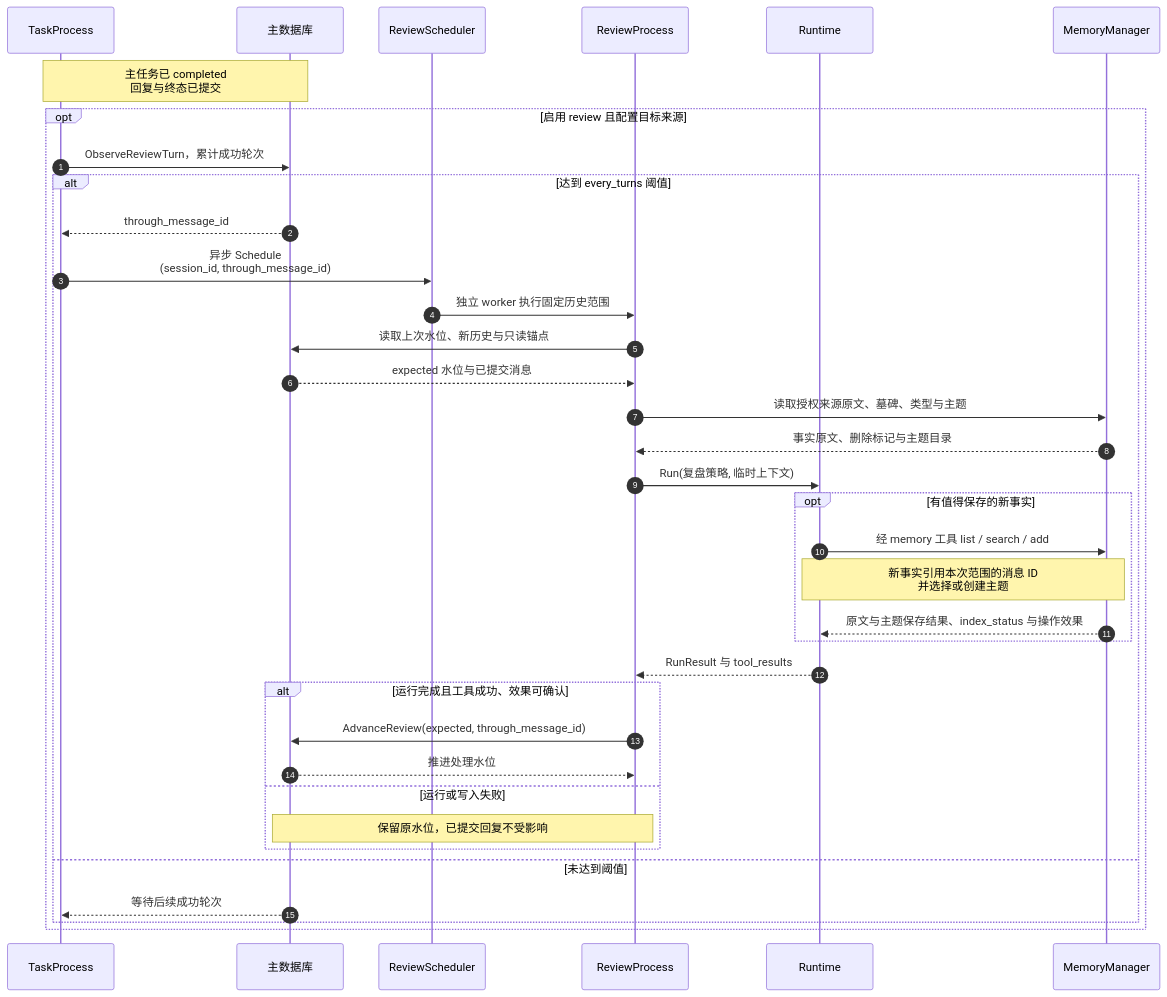
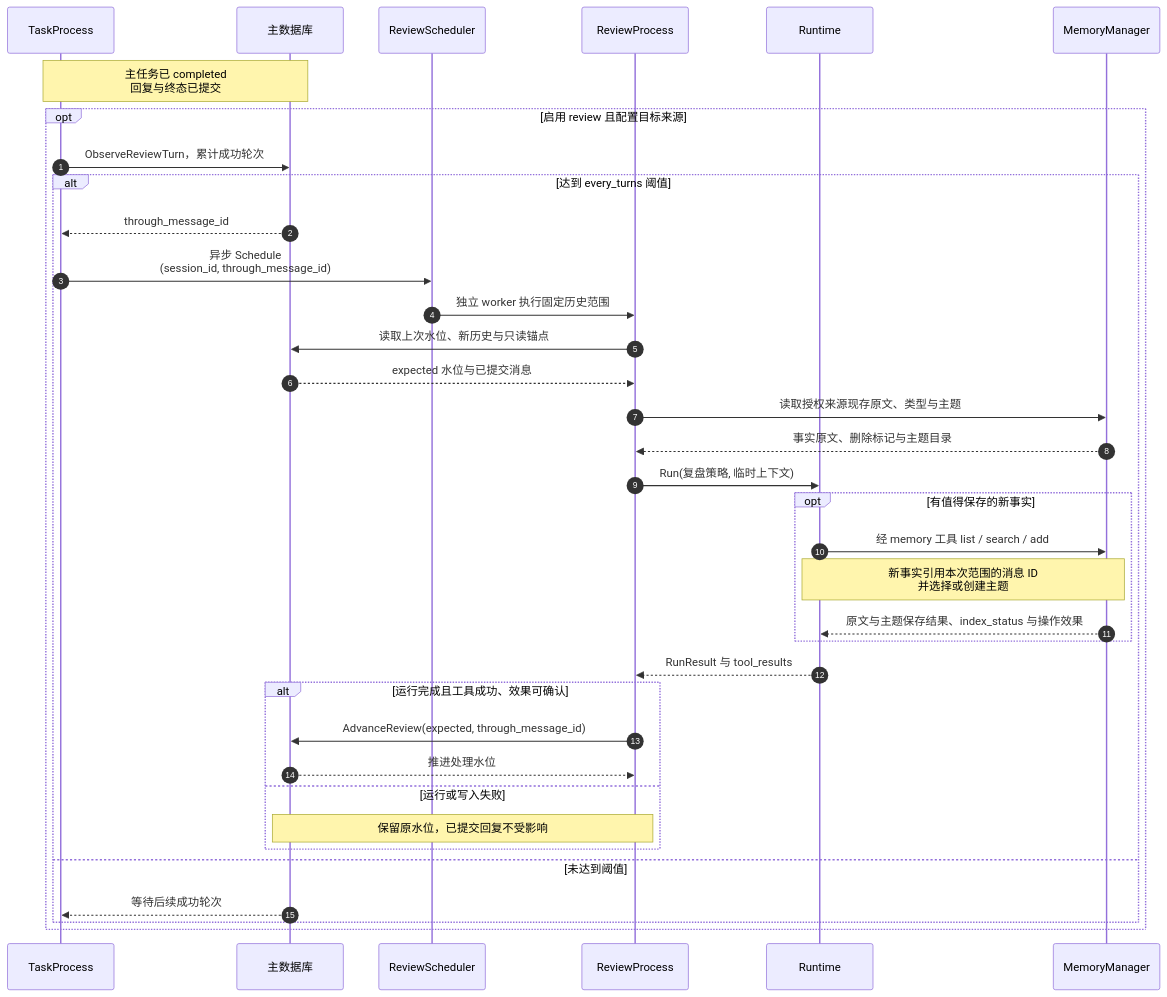
The fourth of 6 diagrams in README.md (Lophyads/FunAgent), drawn with Mermaid before and after one commit. The commit also changed other lines of this file, not shown here.

Commit message:
docs: 更新架构图说明，调整复盘模型配置描述

````diff
--- a/README.md
+++ b/README.md
@@ -249,39 +248,39 @@
 ```mermaid
 sequenceDiagram
     autonumber
     participant Task as TaskProcess
     participant DB as 主数据库
     participant Scheduler as ReviewScheduler
     participant Review as ReviewProcess
     participant Runtime as Runtime
     participant Memory as MemoryManager
 
     Note over Task,DB: 主任务已 completed<br/>回复与终态已提交
     opt 启用 review 且配置目标来源
         Task->>DB: ObserveReviewTurn，累计成功轮次
         alt 达到 every_turns 阈值
             DB-->>Task: through_message_id
             Task->>Scheduler: 异步 Schedule<br/>(session_id, through_message_id)
             Scheduler->>Review: 独立 worker 执行固定历史范围
             Review->>DB: 读取上次水位、新历史与只读锚点
             DB-->>Review: expected 水位与已提交消息
-            Review->>Memory: 读取授权来源原文、墓碑、类型与主题
+            Review->>Memory: 读取授权来源现存原文、类型与主题
             Memory-->>Review: 事实原文、删除标记与主题目录
             Review->>Runtime: Run(复盘策略, 临时上下文)
             opt 有值得保存的新事实
                 Runtime->>Memory: 经 memory 工具 list / search / add
                 Note over Runtime,Memory: 新事实引用本次范围的消息 ID<br/>并选择或创建主题
                 Memory-->>Runtime: 原文与主题保存结果、index_status 与操作效果
             end
             Runtime-->>Review: RunResult 与 tool_results
             alt 运行完成且工具成功、效果可确认
                 Review->>DB: AdvanceReview(expected, through_message_id)
                 DB-->>Review: 推进处理水位
             else 运行或写入失败
                 Note over Review,DB: 保留原水位，已提交回复不受影响
             end
         else 未达到阈值
             DB-->>Task: 等待后续成功轮次
         end
     end
 ```
````
